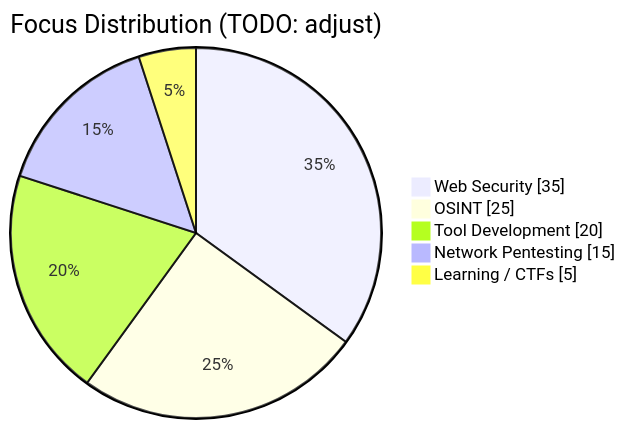
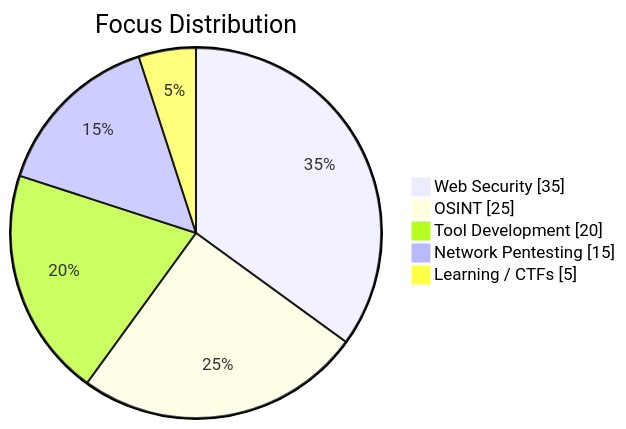
The first of 3 diagrams in README.md (Venvirus/Venvirus), drawn with Mermaid before and after one commit. The commit also changed other lines of this file, not shown here.

````diff
--- a/README.md
+++ b/README.md
@@ -220,8 +213,8 @@
 ```mermaid
-pie showData title Focus Distribution (TODO: adjust)
+pie showData title Focus Distribution
     "Web Security" : 35
     "OSINT" : 25
     "Tool Development" : 20
     "Network Pentesting" : 15
     "Learning / CTFs" : 5
 ```
````
